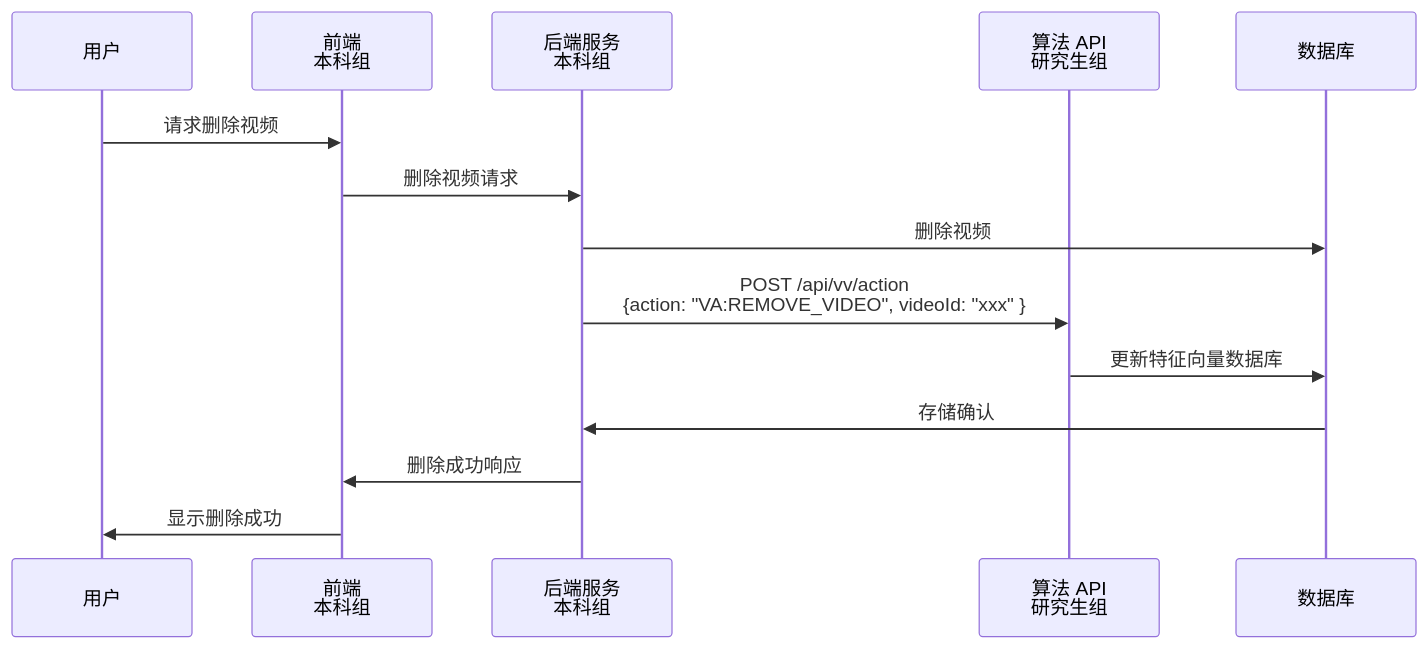
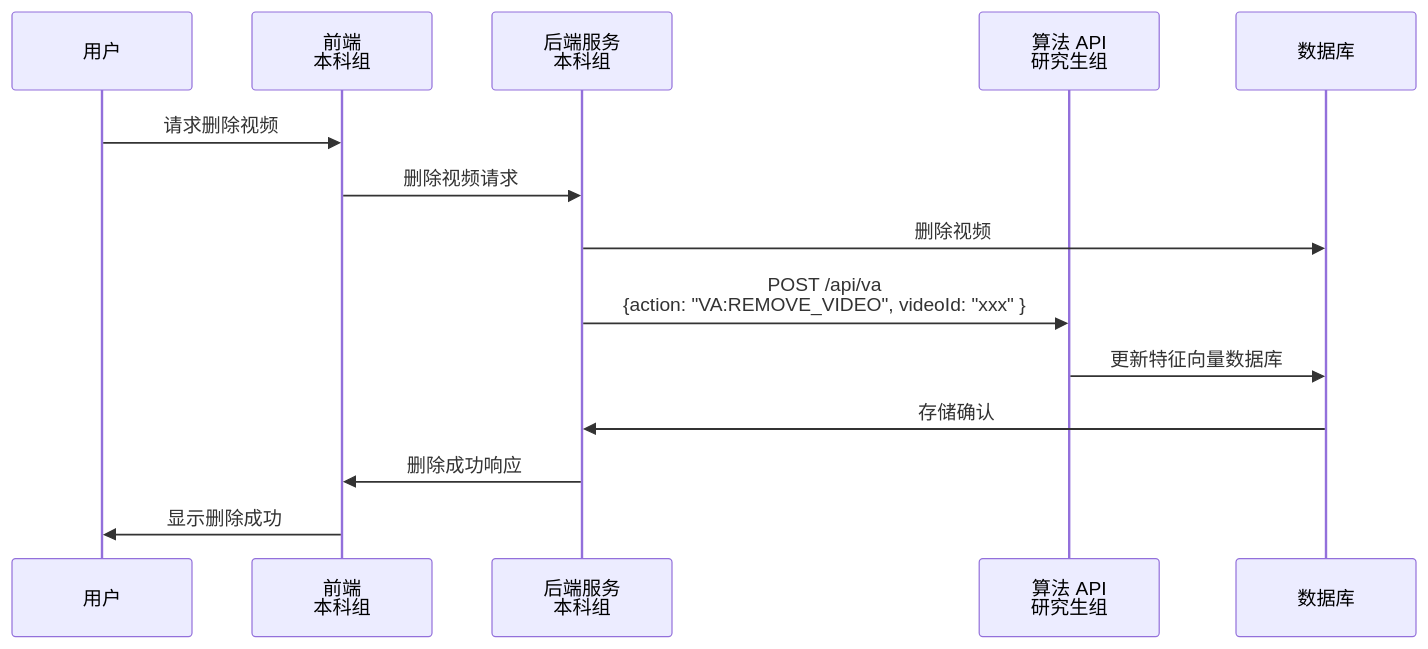
The third of 3 diagrams in Tasks.md (fssc255/vv_service), drawn with Mermaid before and after one commit. The commit also changed other lines of this file and 8 other files, not shown here.

````diff
--- a/Tasks.md
+++ b/Tasks.md
@@ -243,19 +243,19 @@
 ```mermaid
 sequenceDiagram
 participant User as 用户
 participant Frontend as 前端<br/>本科组
 participant Backend as 后端服务<br/>本科组
 participant Algorithm as 算法 API<br/>研究生组
 participant DB as 数据库
 
     User->>Frontend: 请求删除视频
     Frontend->>Backend: 删除视频请求
     Backend->>DB: 删除视频
-    Backend->>Algorithm: POST /api/vv/action<br/>{action: "VA:REMOVE_VIDEO", videoId: "xxx" }
+    Backend->>Algorithm: POST /api/va<br/>{action: "VA:REMOVE_VIDEO", videoId: "xxx" }
 
     Algorithm->>DB: 更新特征向量数据库
     DB->>Backend: 存储确认
     Backend->>Frontend: 删除成功响应
     Frontend->>User: 显示删除成功
 
 ```
````
